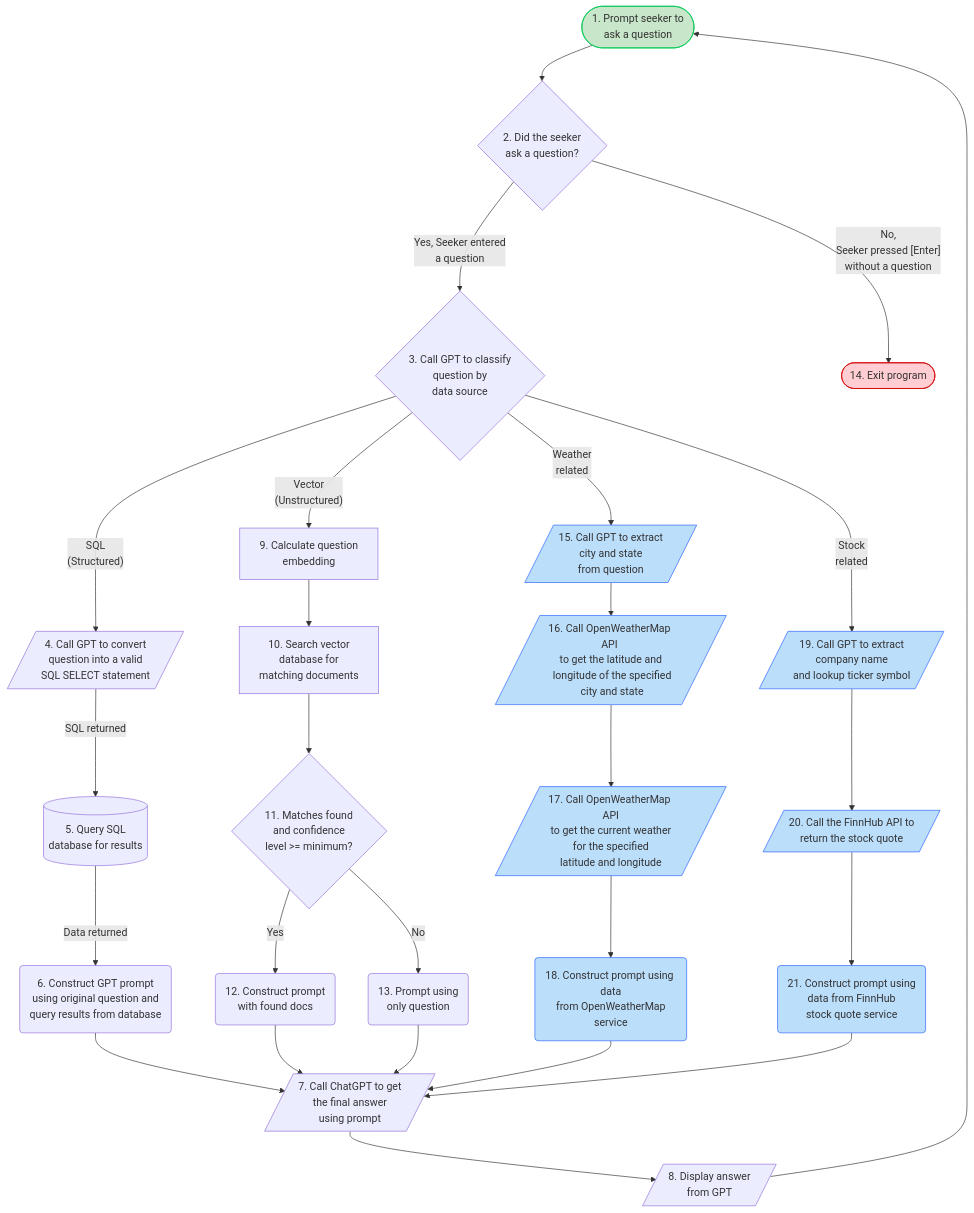
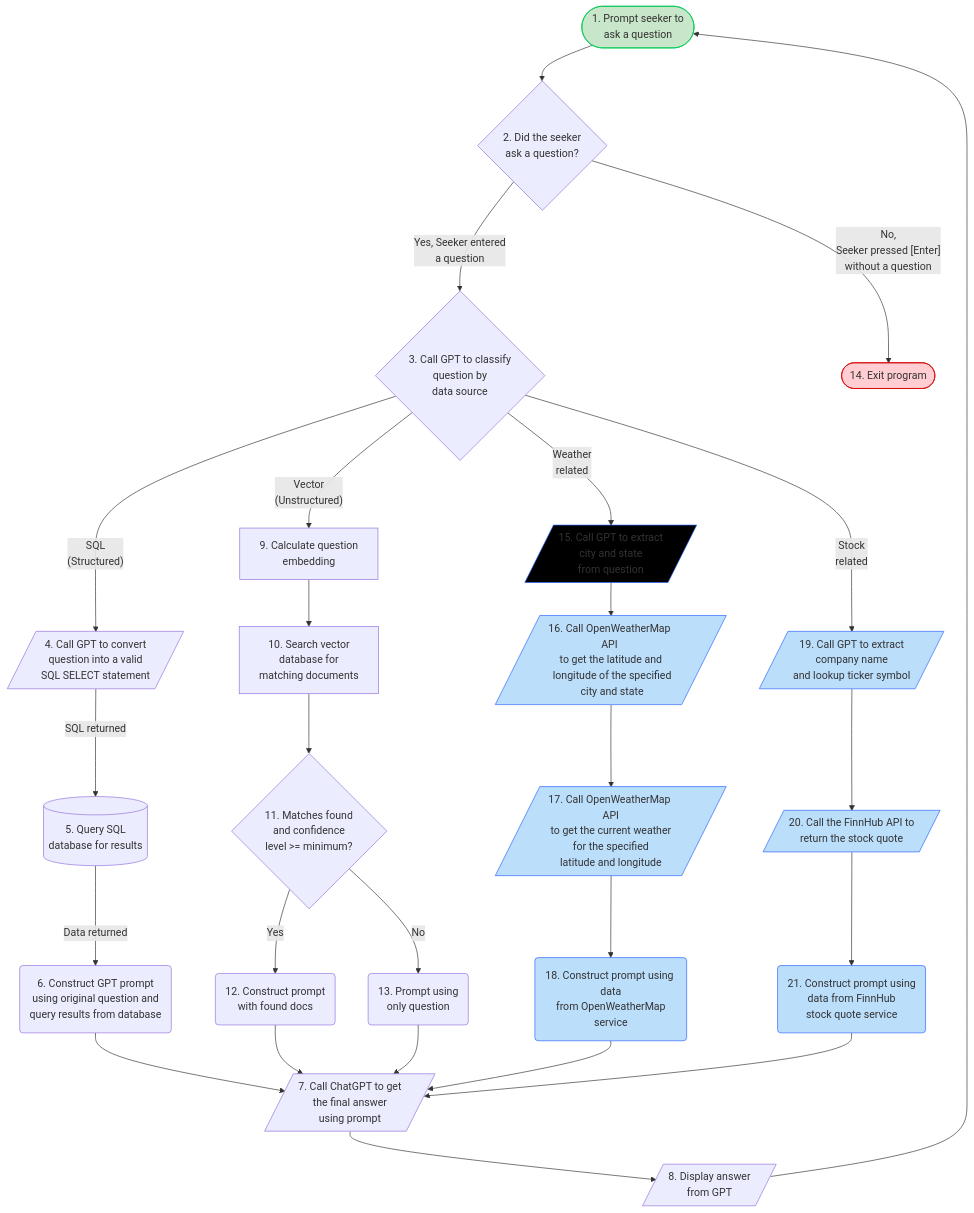
The diagram in README.markdown (megerow/RAG), drawn with Mermaid before and after one commit.

````diff
--- a/README.markdown
+++ b/README.markdown
@@ -3,38 +3,38 @@
 ```mermaid
 flowchart TD
     ng(["1. Prompt seeker to<br> ask a question"]) --> nz{"2. Did the seeker <br>ask a question?"}
     nz -- Yes, Seeker entered<br> a question --> nb{"3. Call GPT to classify<br>question by<br>data source"}
     nd[/"4. Call GPT to convert <br>question into a valid <br>SQL SELECT statement"/] -- SQL returned --> n3[("5. Query SQL <br>database for results")]
     n3 -- Data returned --> nf("6. Construct GPT prompt<br> using original question and <br>query results from database")
     nf --> nr[/"7. Call ChatGPT to get<br>the final answer<br> using prompt"/]
     nr --> nk[/"8. Display answer<br> from GPT"/]
     nk --> ng
     nz -- No, <br>Seeker pressed [Enter]<br> without a question --> na(["14. Exit program"])
     nb -- SQL<br>(Structured) --> nd
     nb -- Vector<br>(Unstructured) --> n8["9. Calculate question <br>embedding"]
     n8 --> nj["10. Search vector<br>database for<br>matching documents"]
     nj --> n6{"11. Matches found<br>and confidence<br>level &gt;= minimum?"}
     n6 -- Yes --> nq("12. Construct prompt<br>with found docs")
     n6 -- No --> ns("13. Prompt using <br>only question")
     nq --> nr
     ns --> nr
     nb -- Weather<br>related --> nc[/"15. Call GPT to extract<br>city and state<br>from question"/]
     nb -- Stock<br>related --> n5[/"19. Call GPT to extract<br>company name<br>and lookup ticker symbol"/]
     nc --> ni[/"16. Call OpenWeatherMap API <br>to get the latitude and<br> longitude of the specified<br> city and state"/]
     ni --> nl[/"17. Call OpenWeatherMap API<br>to get the current weather<br>for the specified<br>latitude and longitude"/]
     n5 --> no[/"20. Call the FinnHub API to<br>return the stock quote"/]
     nl --> n2("18. Construct prompt using data<br>from OpenWeatherMap<br>service")
     n2 --> nr
     no --> nu("21. Construct prompt using<br>data from FinnHub<br>stock quote service")
     nu --> nr
     style ng stroke:#00C853,fill:#C8E6C9
     style na stroke:#D50000,fill:#FFCDD2
-    style nc stroke:#2962FF,fill:#BBDEFB
+    style nc stroke:#2962FF,fill:#000000
     style n5 stroke:#2962FF,fill:#BBDEFB
     style ni stroke:#2962FF,fill:#BBDEFB
     style nl stroke:#2962FF,fill:#BBDEFB
     style no stroke:#2962FF,fill:#BBDEFB
     style n2 stroke:#2962FF,fill:#BBDEFB
     style nu stroke:#2962FF,fill:#BBDEFB
 
 ```
````
